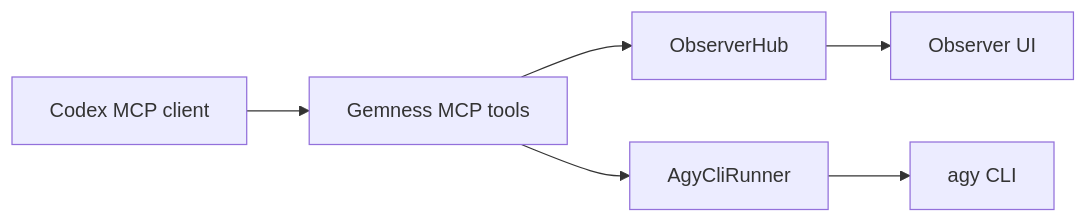
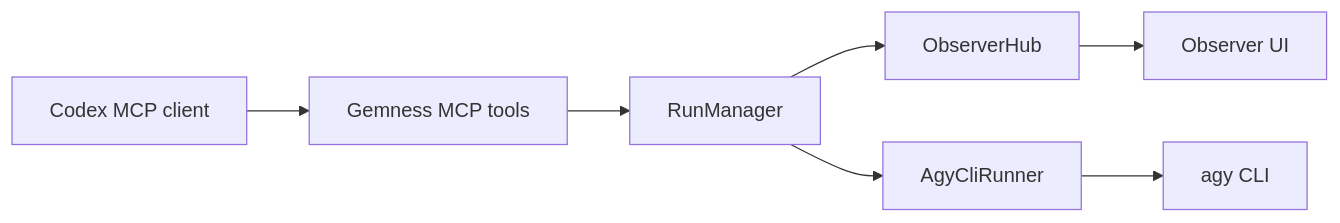
The diagram in docs/antigravity-observer.md (jisoq/gemness), drawn with Mermaid before and after one commit. The commit also changed other lines of this file and 14 other files, not shown here.

````diff
--- a/docs/antigravity-observer.md
+++ b/docs/antigravity-observer.md
@@ -7,8 +7,9 @@
 ```mermaid
 flowchart LR
   Codex["Codex MCP client"] --> Tools["Gemness MCP tools"]
-  Tools --> Hub["ObserverHub"]
-  Tools --> Runner["AgyCliRunner"]
+  Tools --> Manager["RunManager"]
+  Manager --> Hub["ObserverHub"]
+  Manager --> Runner["AgyCliRunner"]
   Runner --> Agy["agy CLI"]
   Hub --> Web["Observer UI"]
 ```
````
